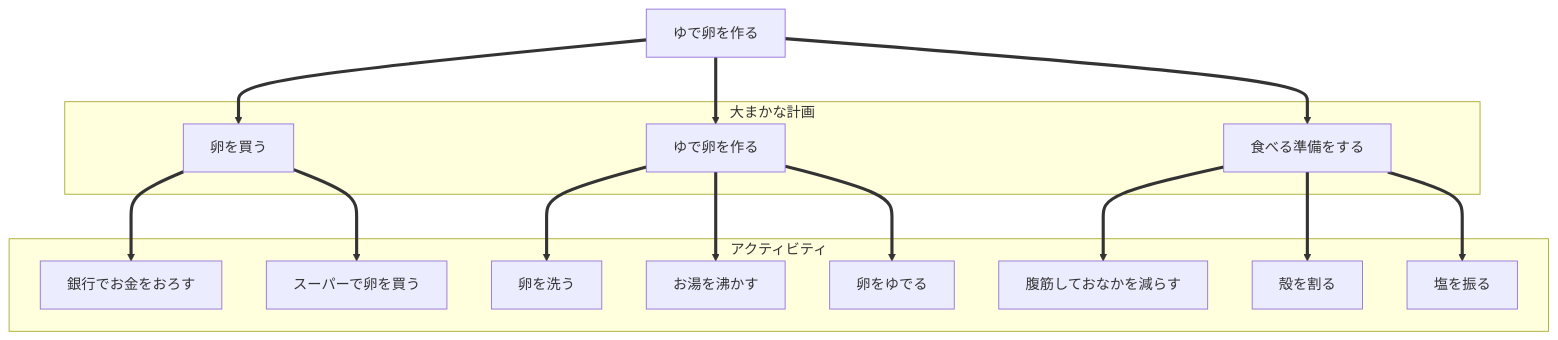
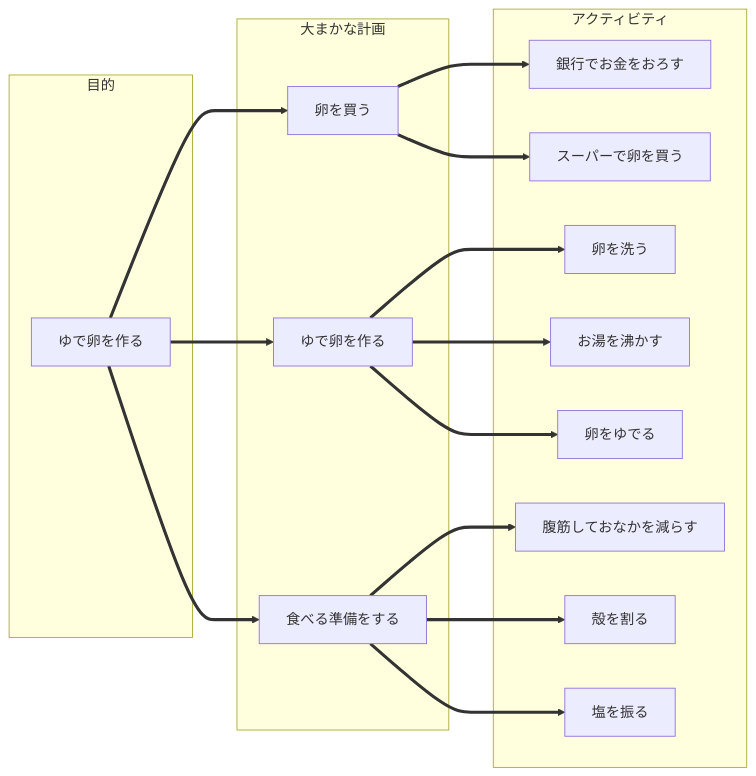
Before and after one commit to orenouserNamehaKawamura1/mypage: the diagram in eat_boild_eggs.md, drawn with Mermaid.

Commit message:
再提出

````diff
--- a/eat_boild_eggs.md
+++ b/eat_boild_eggs.md
@@ -1,31 +1,33 @@
 ```mermaid
-flowchart TB
+flowchart LR
+  subgraph 目的
   id[ゆで卵を作る]
+  end
   subgraph 大まかな計画
   id1[卵を買う]
   id2[ゆで卵を作る]
   id3[食べる準備をする]
   end
   subgraph アクティビティ
   id4[銀行でお金をおろす]
   id5[スーパーで卵を買う]
   id6[卵を洗う]
   id7[お湯を沸かす]
   id8[卵をゆでる]
   id9[腹筋しておなかを減らす]
   id10[殻を割る]
   id11[塩を振る]
   end
   id ==>id1
   id ==>id2
   id ==>id3
   id1 ==>id4
   id1 ==>id5
   id2 ==>id6
   id2 ==>id7
   id2 ==>id8
   id3 ==>id9
   id3 ==>id10
   id3 ==>id11
 
 ```
````
